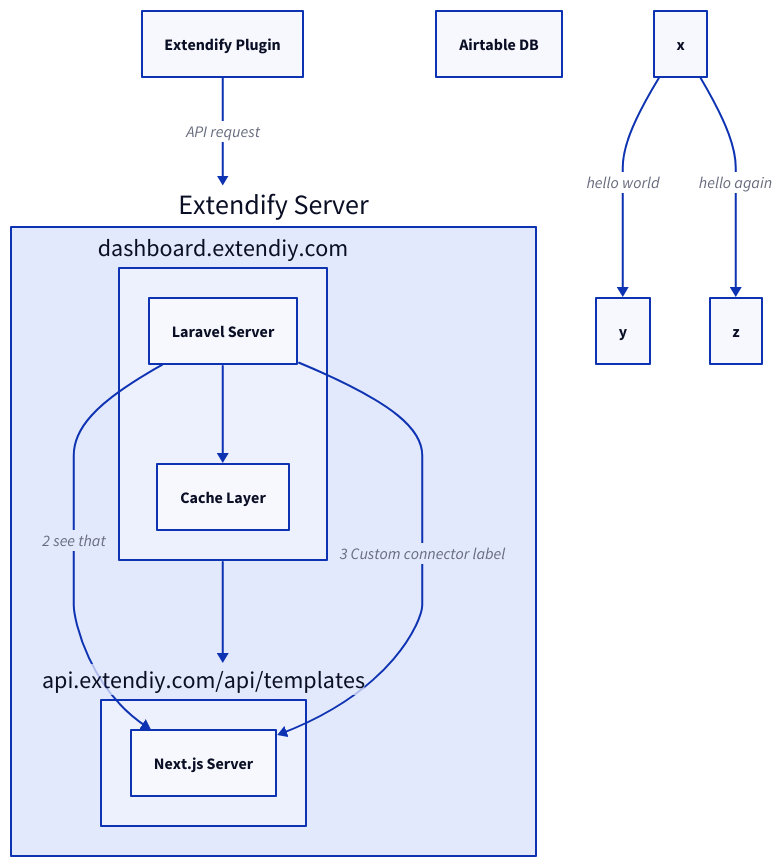
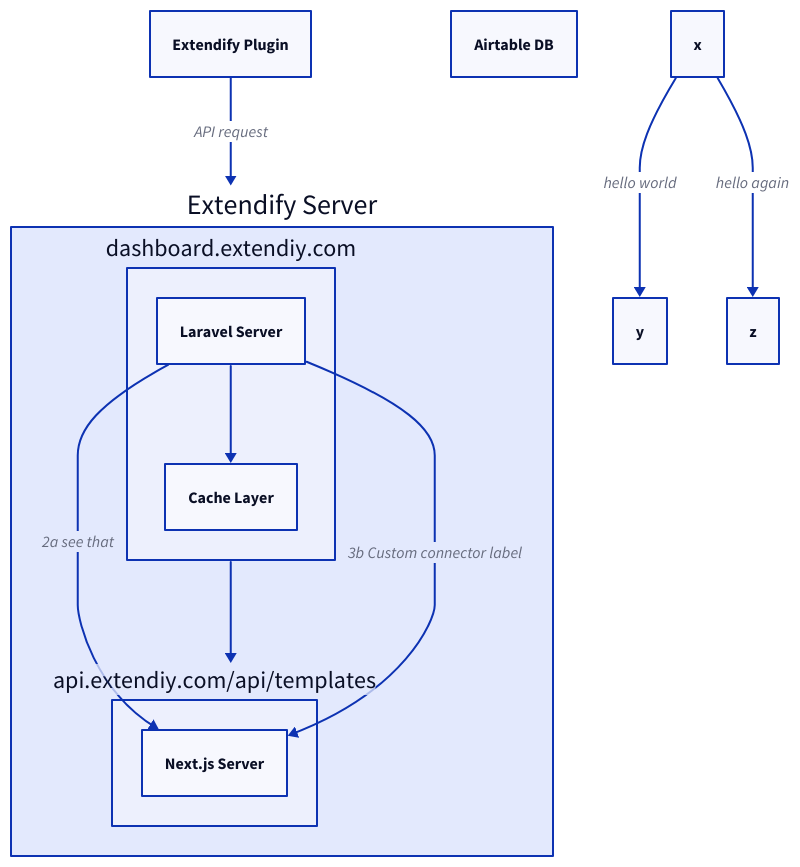
The diagram in d2/file.d2 (dgwyer/myapp), drawn with D2 before and after one commit.

Commit message:
try to render

```diff
--- a/d2/file.d2
+++ b/d2/file.d2
@@ -1,28 +1,28 @@
 a: Extendify Plugin
 e: Airtable DB
 
 extendifyServer: {
   label: Extendify Server
 
   dashboardServer: {
     label: dashboard.extendiy.com
     ls: Laravel Server
     cl: Cache Layer
 
     ls -> cl
   }
 
   apiServer:  {
     label: api.extendiy.com/api/templates
     nj: Next.js Server
 
-    _.dashboardServer.ls -> nj: 2 see that
+    _.dashboardServer.ls -> nj: 2a see that
   }
 
   dashboardServer -> apiServer
-  dashboardServer.ls -> apiServer.nj: 3 Custom connector label
+  dashboardServer.ls -> apiServer.nj: 3b Custom connector label
 }
 
 a -> extendifyServer: API request
 x -> y: hello world
 x -> z: hello again
```
